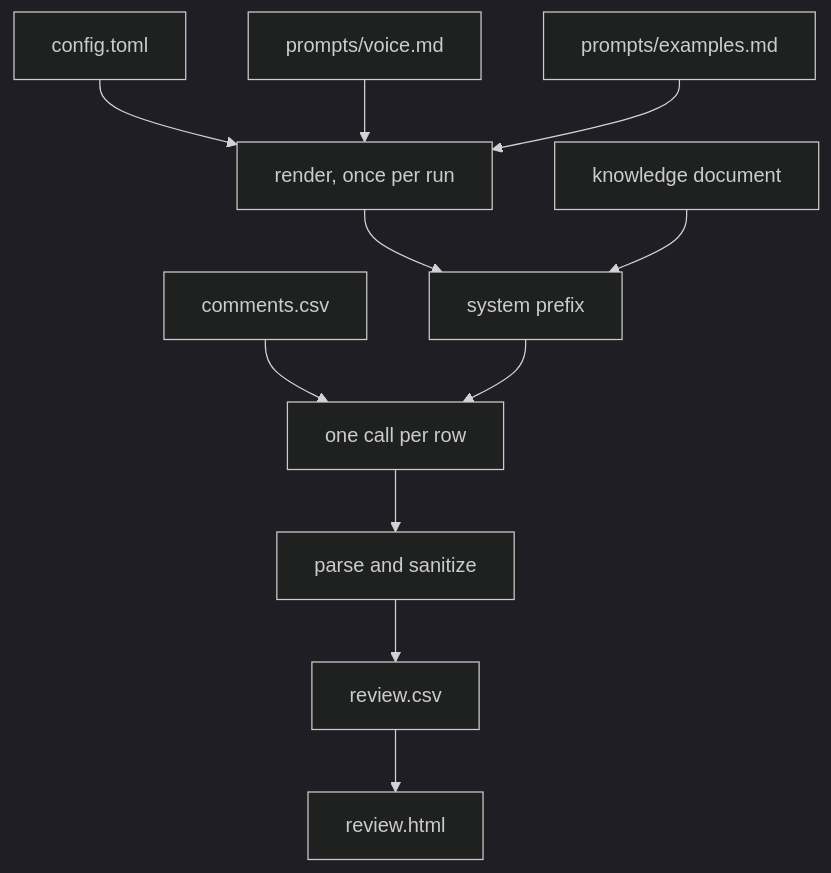
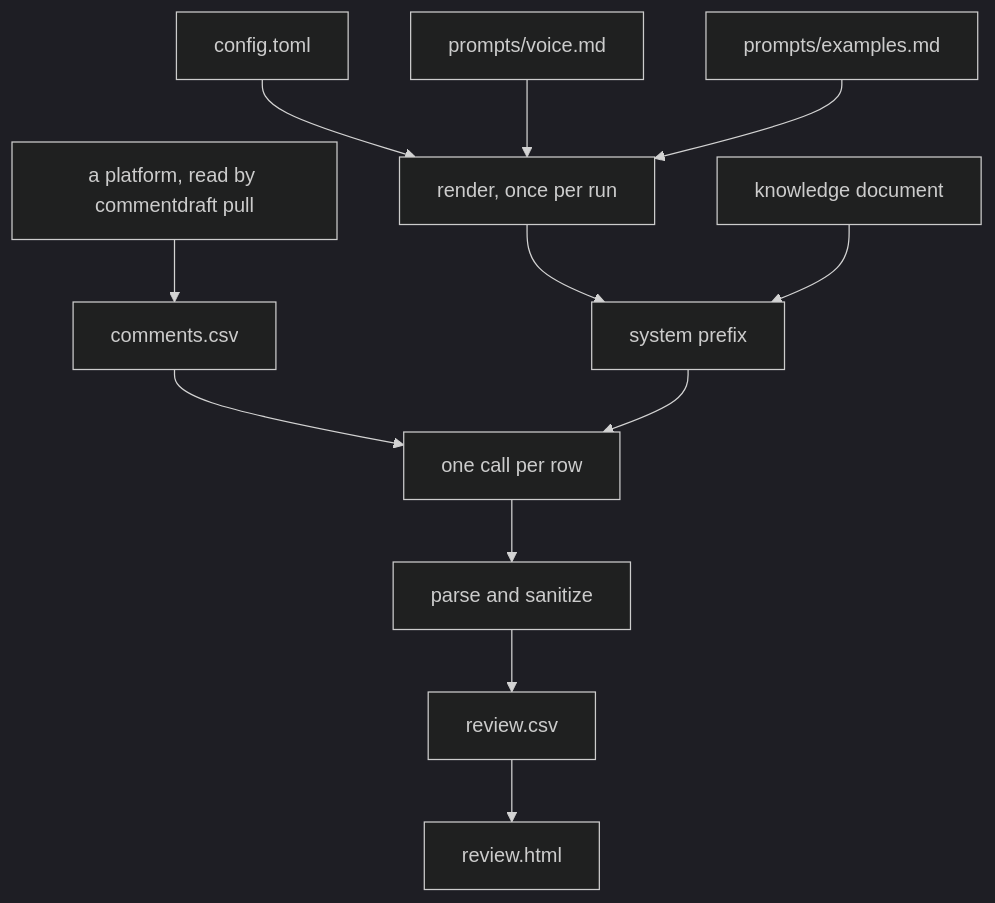
The diagram in docs/architecture.md (Ab-Romia/commentdesk), drawn with Mermaid (dark theme) before and after one commit. The commit also changed 5 other files, not shown here.

First line of the commit message:
docs: document the read table and the pull step the loop was missing

````diff
--- a/docs/architecture.md
+++ b/docs/architecture.md
@@ -11,13 +11,14 @@
 ```mermaid
 flowchart TD
     CFG[config.toml] --> REN[render, once per run]
     VOICE[prompts/voice.md] --> REN
     EX[prompts/examples.md] --> REN
     REN --> PRE[system prefix]
     KB[knowledge document] --> PRE
-    CSV[comments.csv] --> LOOP[one call per row]
+    PLAT[a platform, read by commentdraft pull] --> CSV[comments.csv]
+    CSV --> LOOP[one call per row]
     PRE --> LOOP
     LOOP --> PARSE[parse and sanitize]
     PARSE --> OUT[review.csv]
     OUT --> HTML[review.html]
 ```
````
